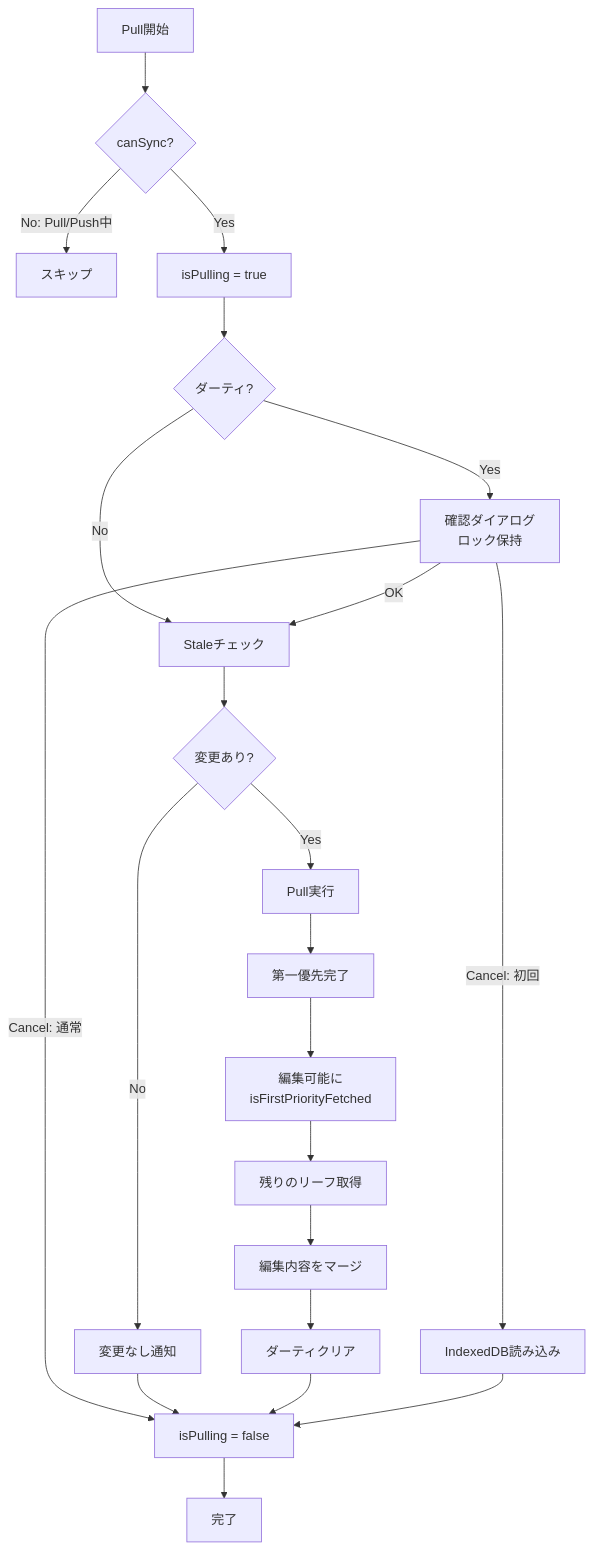
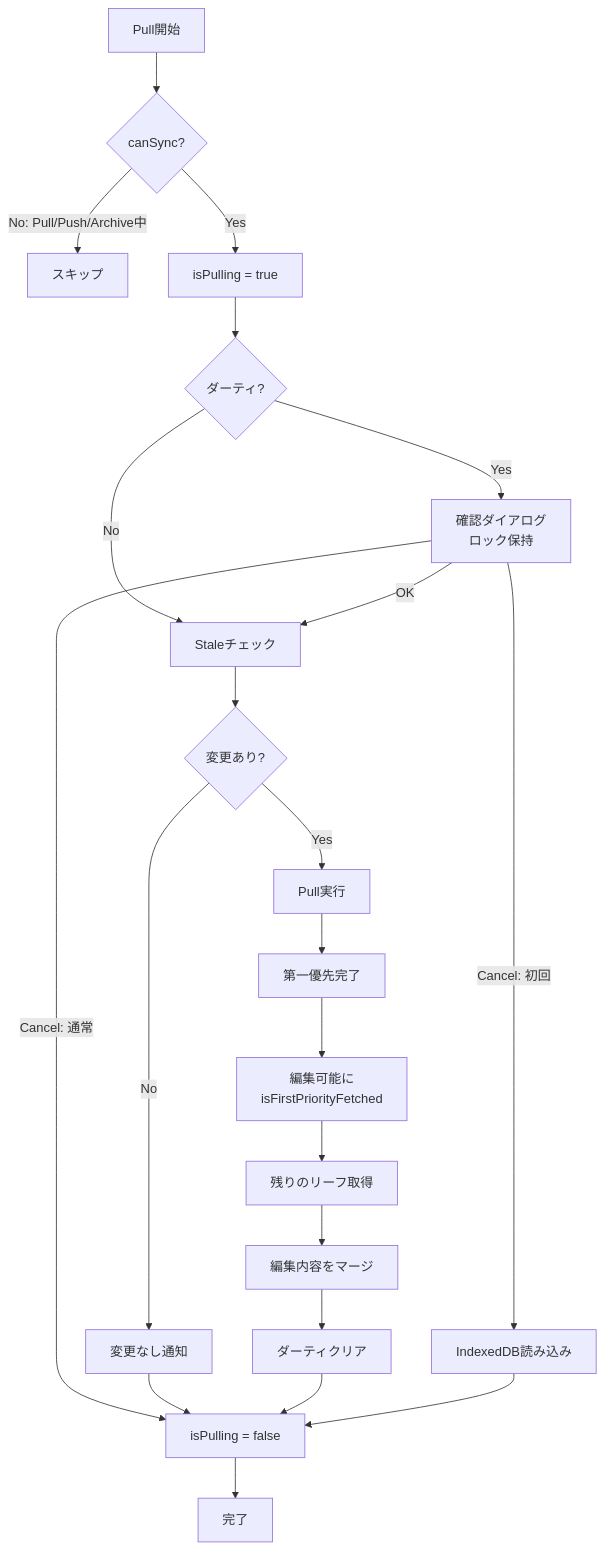
The second of 3 diagrams in docs/development/sync/push-pull.md (kako-jun/agasteer), drawn with Mermaid before and after one commit. The commit also changed other lines of this file and 18 other files, not shown here.

````diff
--- a/docs/development/sync/push-pull.md
+++ b/docs/development/sync/push-pull.md
@@ -159,24 +159,24 @@
 ```mermaid
 flowchart TD
     Start[Pull開始] --> Check1{canSync?}
-    Check1 -->|No: Pull/Push中| End1[スキップ]
+    Check1 -->|No: Pull/Push/Archive中| End1[スキップ]
     Check1 -->|Yes| Lock[isPulling = true]
     Lock --> Check2{ダーティ?}
     Check2 -->|Yes| Confirm[確認ダイアログ<br/>ロック保持]
     Check2 -->|No| Stale
     Confirm -->|OK| Stale[Staleチェック]
     Confirm -->|Cancel: 初回| Cancel1[IndexedDB読み込み]
     Confirm -->|Cancel: 通常| Unlock
     Stale --> Check3{変更あり?}
     Check3 -->|No| Msg[変更なし通知]
     Check3 -->|Yes| Pull[Pull実行]
     Msg --> Unlock
     Pull --> Priority[第一優先完了]
     Priority --> Edit[編集可能に<br/>isFirstPriorityFetched]
     Edit --> Rest[残りのリーフ取得]
     Rest --> Merge[編集内容をマージ]
     Merge --> Clear[ダーティクリア]
     Clear --> Unlock[isPulling = false]
     Cancel1 --> Unlock
     Unlock --> End2[完了]
 ```
````
